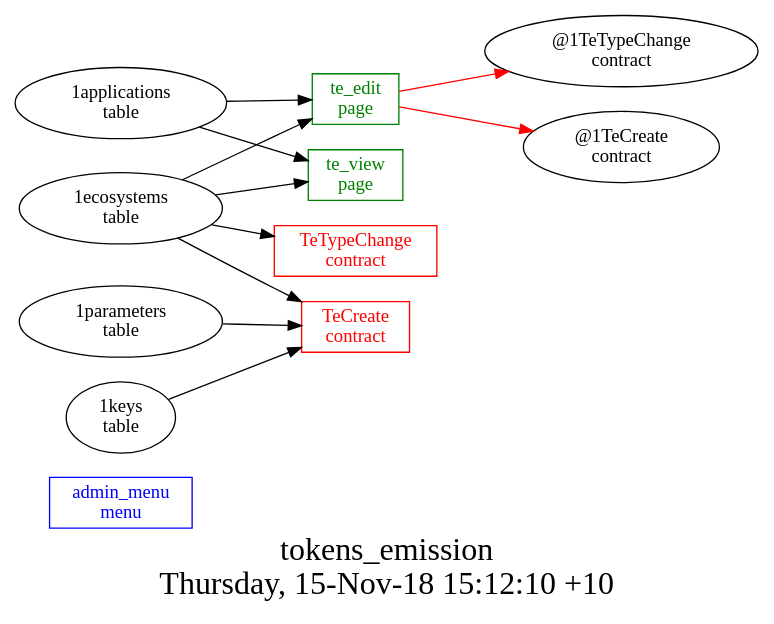
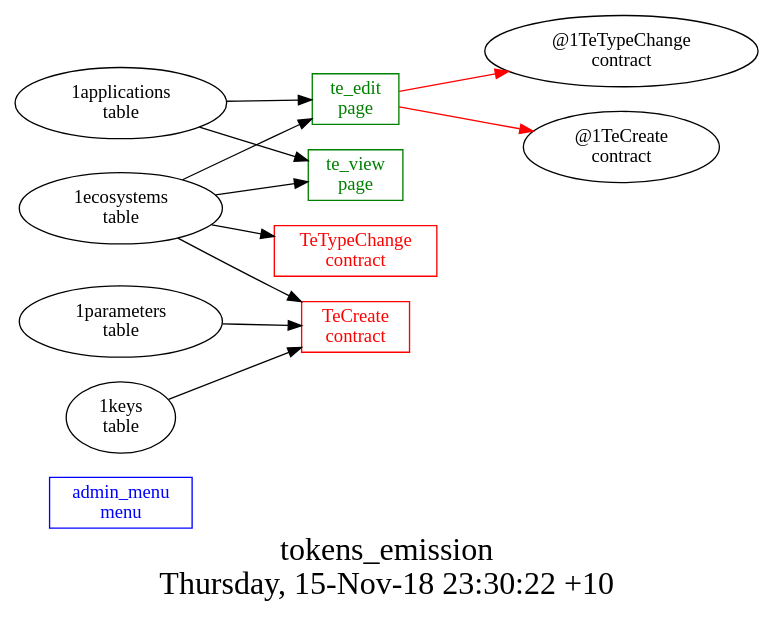
The diagram in other/tokens_emission/struct.dot (AplaProject/apps), drawn with Graphviz before and after one commit. The commit also changed 29 other files, not shown here.

```diff
--- a/other/tokens_emission/struct.dot
+++ b/other/tokens_emission/struct.dot
@@ -1,23 +1,23 @@
 digraph G {
 fontsize="24";
-label="tokens_emission\nThursday, 15-Nov-18 15:12:10 +10";
+label="tokens_emission\nThursday, 15-Nov-18 23:30:22 +10";
 nojustify=true;
 ordering=out;
 rankdir=LR;
 size="30";
 "admin_menu\nmenu" [color=blue, fontcolor=blue, group=menus, shape=record];
 "te_edit\npage" -> "@1TeTypeChange\ncontract"  [ color=red ]
 "te_edit\npage" -> "@1TeCreate\ncontract"  [ color=red ]
 "1applications\ntable" -> "te_edit\npage"
 "1ecosystems\ntable" -> "te_edit\npage"
 "te_edit\npage" [color=green, fontcolor=green, group=pages, shape=record];
 "1applications\ntable" -> "te_view\npage"
 "1ecosystems\ntable" -> "te_view\npage"
 "te_view\npage" [color=green, fontcolor=green, group=pages, shape=record];
 "1parameters\ntable" -> "TeCreate\ncontract"
 "1ecosystems\ntable" -> "TeCreate\ncontract"
 "1keys\ntable" -> "TeCreate\ncontract"
 "TeCreate\ncontract" [color=red, fontcolor=red, group=contracts, shape=record];
 "1ecosystems\ntable" -> "TeTypeChange\ncontract"
 "TeTypeChange\ncontract" [color=red, fontcolor=red, group=contracts, shape=record];
 }
```
